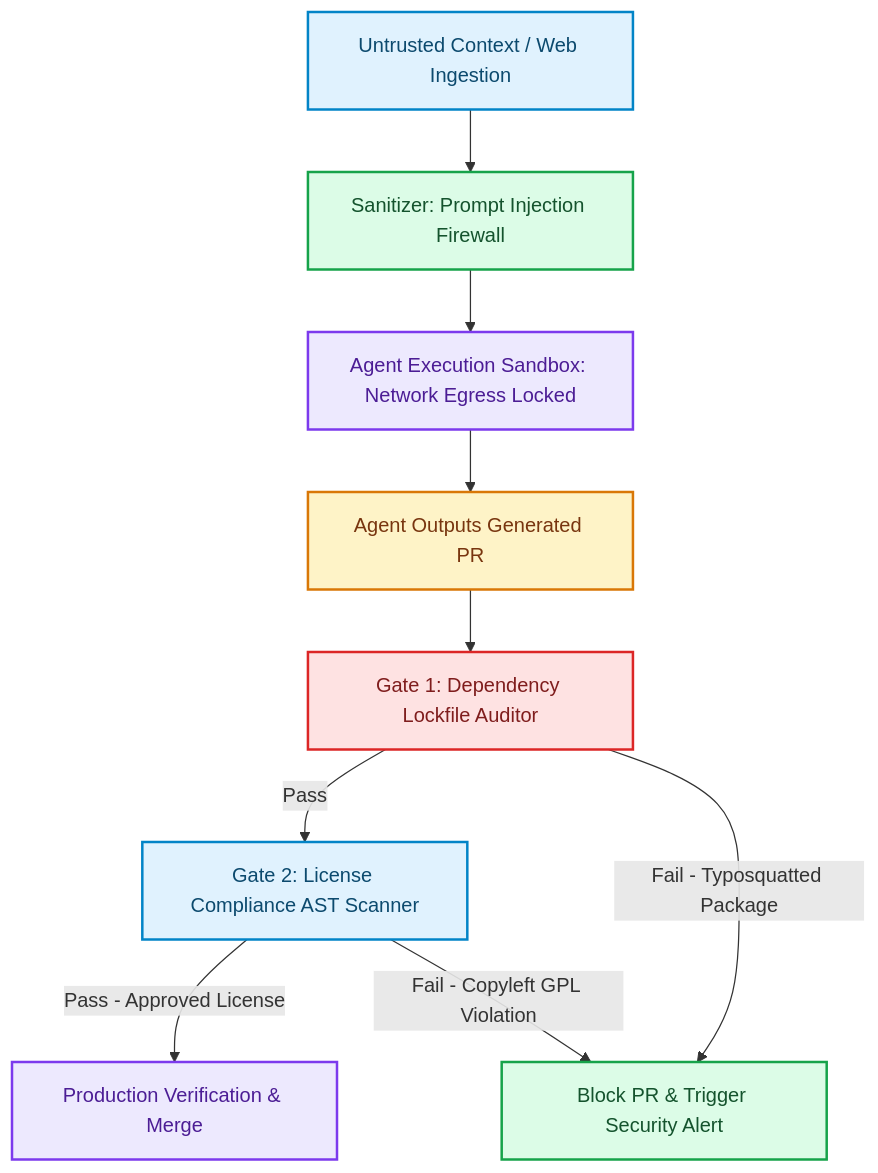
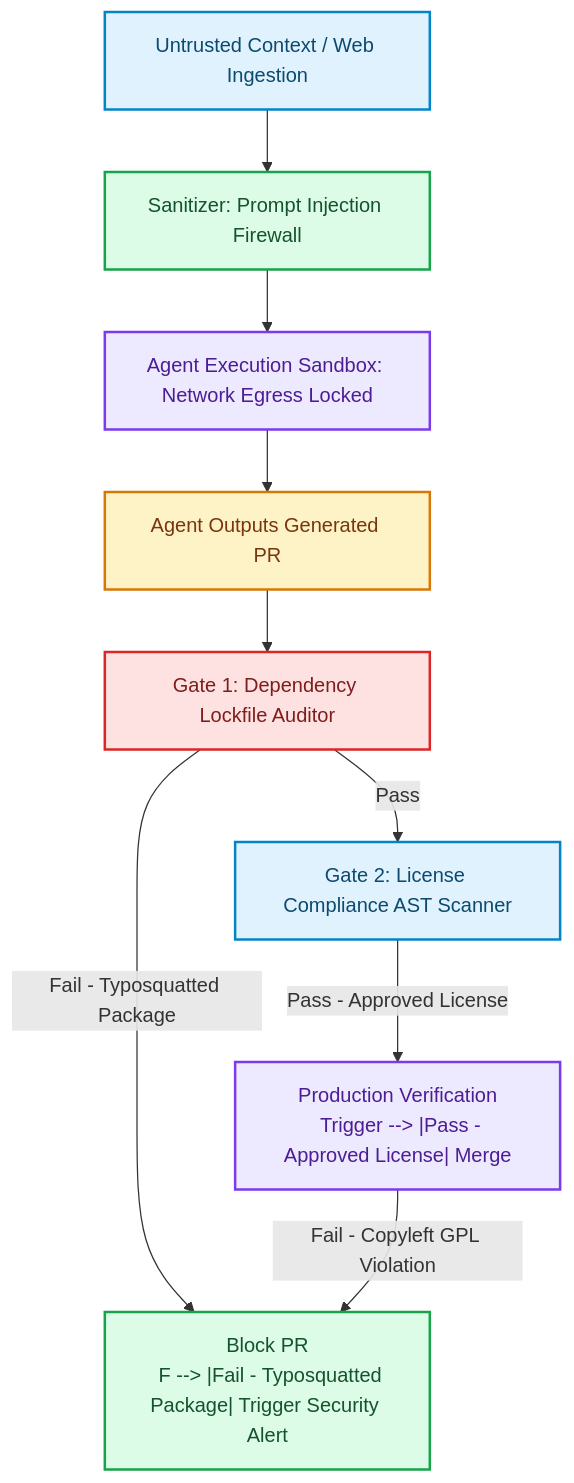
Before and after one commit to akmalkhaniub/akmalkhaniub.github.io: the diagram in blog/posts/tech-lead-security-supply-chain-ip-governance-ai-codebases.md, drawn with Mermaid. The commit also changed other lines of this file and 894 other files, not shown here.

Commit message:
feat(blog): upgrade all 444 posts with unique staggered dates, 2-col Mermaid spines, benchmark tables, code blocks, and trade-offs

````diff
--- a/blog/posts/tech-lead-security-supply-chain-ip-governance-ai-codebases.md
+++ b/blog/posts/tech-lead-security-supply-chain-ip-governance-ai-codebases.md
@@ -19,22 +19,24 @@
 ```mermaid
 flowchart TD
   A["Untrusted Context / Web Ingestion"] --> B["Sanitizer: Prompt Injection Firewall"]
   B --> C["Agent Execution Sandbox: Network Egress Locked"]
   C --> D["Agent Outputs Generated PR"]
   D --> E["Gate 1: Dependency Lockfile Auditor"]
   E -->|Pass| F["Gate 2: License Compliance AST Scanner"]
-  E -->|Fail - Typosquatted Package| X["Block PR & Trigger Security Alert"]
-  F -->|Pass - Approved License| G["Production Verification & Merge"]
-  F -->|Fail - Copyleft GPL Violation| X
+  E --> |Fail - Typosquatted Package| X["Block PR
+  F --> |Fail - Typosquatted Package| Trigger Security Alert"]
+  F --> |Pass - Approved License| G["Production Verification
+  Trigger --> |Pass - Approved License| Merge"]
+  G --> |Fail - Copyleft GPL Violation| X
 
 classDef green fill:#dcfce7,stroke:#16a34a,stroke-width:2px,color:#14532d;
 classDef red fill:#fee2e2,stroke:#dc2626,stroke-width:2px,color:#7f1d1d;
 classDef blue fill:#e0f2fe,stroke:#0284c7,stroke-width:2px,color:#0c4a6e;
 classDef yellow fill:#fef3c7,stroke:#d97706,stroke-width:2px,color:#78350f;
 classDef purple fill:#ede9fe,stroke:#7c3aed,stroke-width:2px,color:#4c1d95;
 class A,F blue
 class B,X green
 class C,G purple
 class D yellow
 class E red
 ```
````
